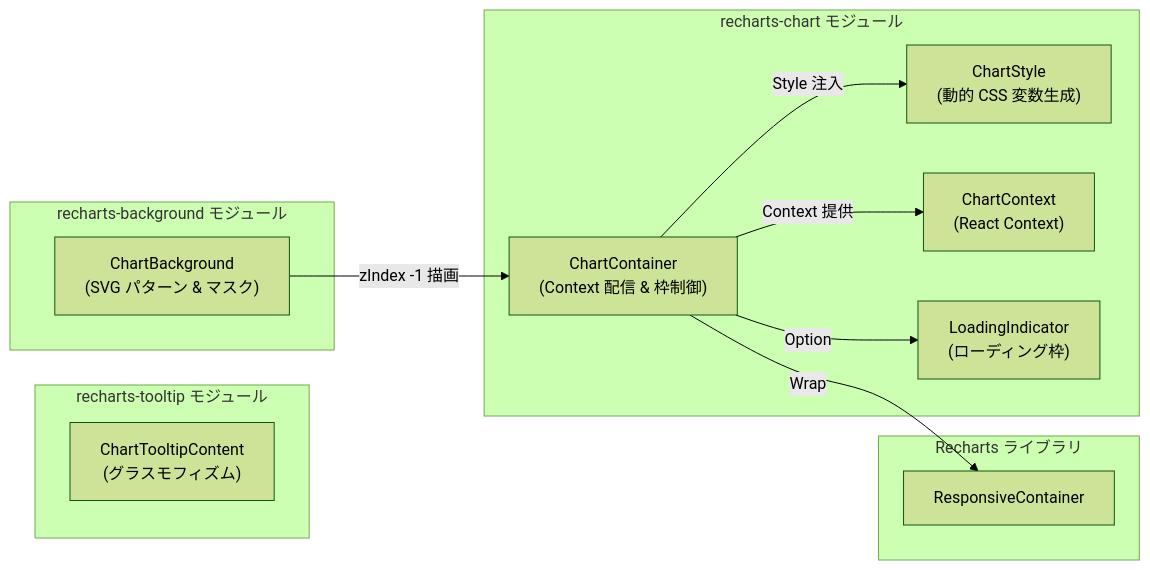
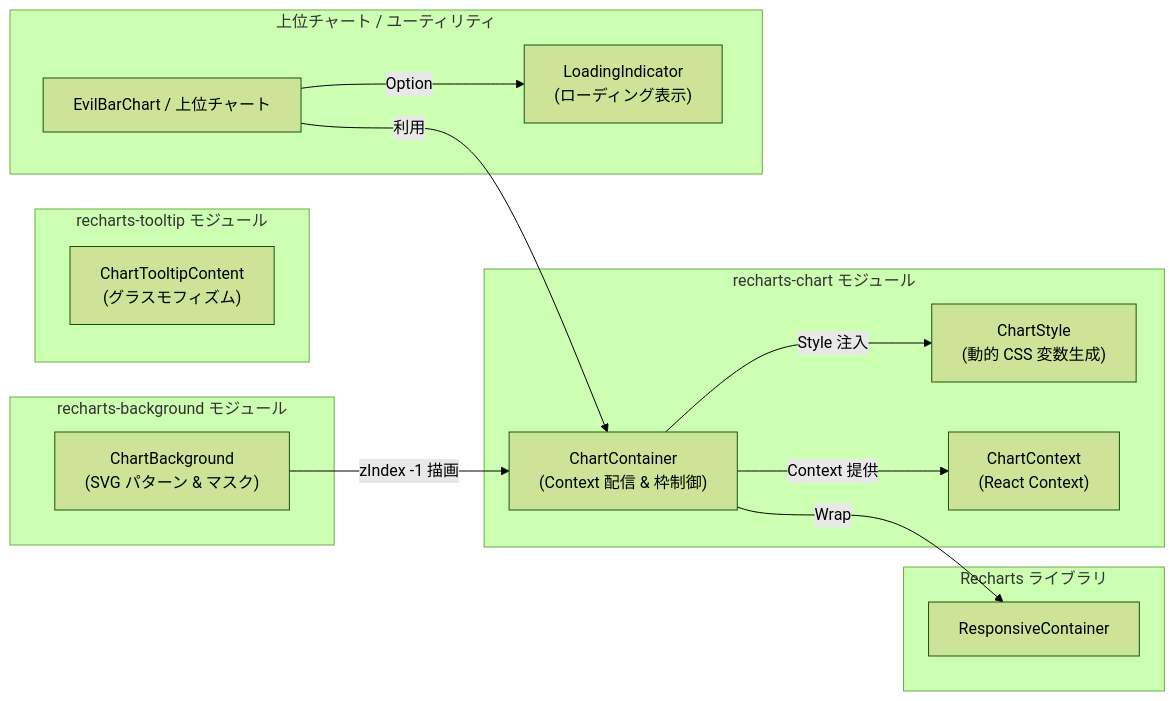
One commit to suwa-sh/zenn-contents changed the second of 3 diagrams in articles/evilcharts_20260729.md. Above: the diagram before and after it, drawn with Mermaid (forest theme). The commit also changed other lines of this file, not shown here.

````diff
--- a/articles/evilcharts_20260729.md
+++ b/articles/evilcharts_20260729.md
@@ -75,27 +75,32 @@
 ```mermaid
 graph LR
     subgraph TargetComponent["recharts-chart モジュール"]
         ChartContainer["ChartContainer<br/>(Context 配信 & 枠制御)"]
         ChartStyle["ChartStyle<br/>(動的 CSS 変数生成)"]
         ChartContext["ChartContext<br/>(React Context)"]
-        LoadingIndicator["LoadingIndicator<br/>(ローディング枠)"]
+    end
+
+    subgraph HighLevelComponent["上位チャート / ユーティリティ"]
+        EvilBarChart["EvilBarChart / 上位チャート"]
+        LoadingIndicator["LoadingIndicator<br/>(ローディング表示)"]
     end
 
     subgraph TooltipComponent["recharts-tooltip モジュール"]
         ChartTooltipContent["ChartTooltipContent<br/>(グラスモフィズム)"]
     end
 
     subgraph BackgroundComponent["recharts-background モジュール"]
         ChartBackground["ChartBackground<br/>(SVG パターン & マスク)"]
     end
 
     subgraph RechartsLib["Recharts ライブラリ"]
         ResponsiveContainer["ResponsiveContainer"]
     end
 
     ChartContainer -->|Context 提供| ChartContext
     ChartContainer -->|Style 注入| ChartStyle
     ChartContainer -->|Wrap| ResponsiveContainer
-    ChartContainer -->|Option| LoadingIndicator
+    EvilBarChart -->|利用| ChartContainer
+    EvilBarChart -->|Option| LoadingIndicator
     ChartBackground -->|zIndex -1 描画| ChartContainer
 ```
````
